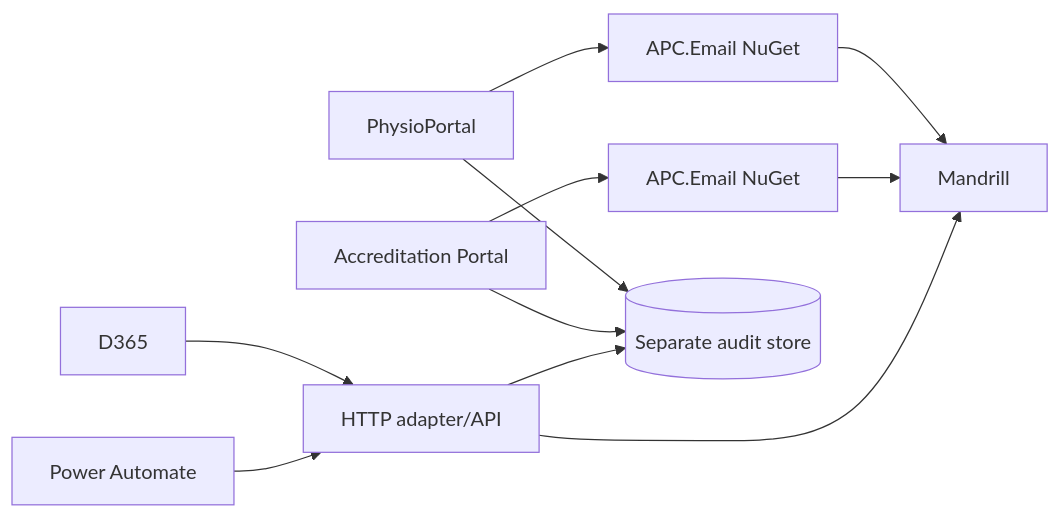
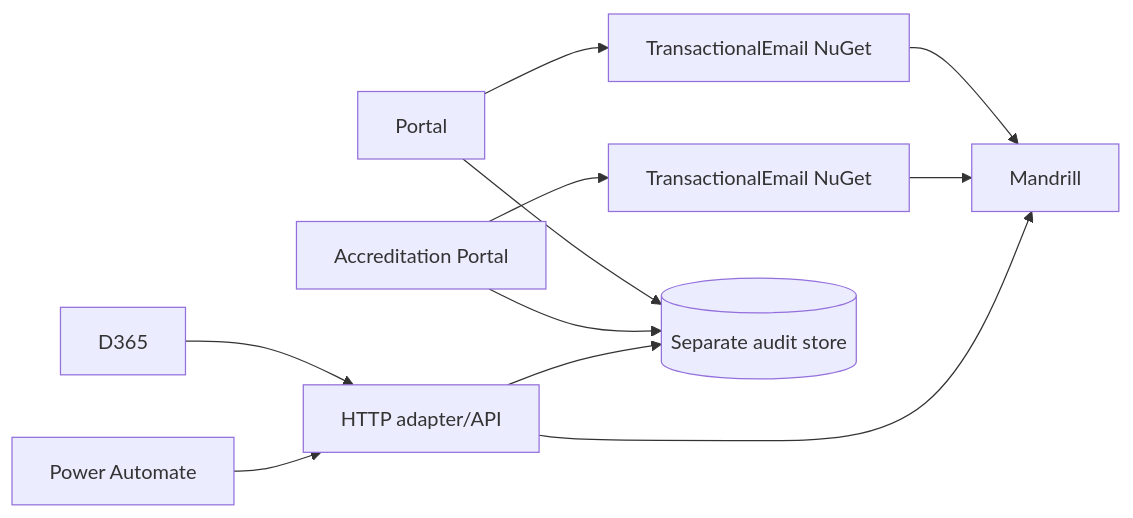
Before and after one commit to preethamkh/transactional-email: the first of 2 diagrams in docs/ARCHITECTURE-DEMO.md, drawn with Mermaid. The commit also changed other lines of this file and 29 other files, not shown here.

Commit message:
chore: rename Apc.Email* projects to vendor-agnostic TransactionalEmail* branding

````diff
--- a/docs/ARCHITECTURE-DEMO.md
+++ b/docs/ARCHITECTURE-DEMO.md
@@ -13,13 +13,13 @@
 ```mermaid
 flowchart LR
-  P[PhysioPortal] --> L[APC.Email NuGet]
-  A[Accreditation Portal] --> L2[APC.Email NuGet]
+  P[Portal] --> L[TransactionalEmail NuGet]
+  A[Accreditation Portal] --> L2[TransactionalEmail NuGet]
   D[D365] --> H[HTTP adapter/API]
   PA[Power Automate] --> H
   L --> M[Mandrill]
   L2 --> M
   H --> M
   P --> S[(Separate audit store)]
   A --> S
   H --> S
 ```
````
